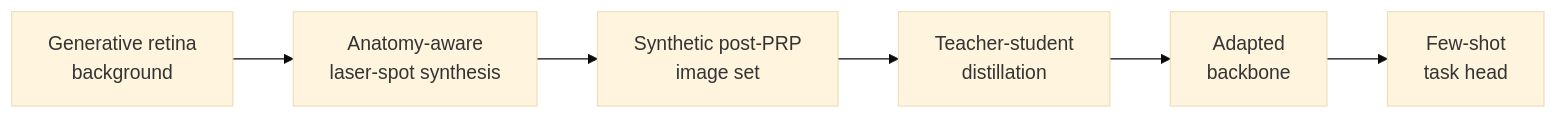
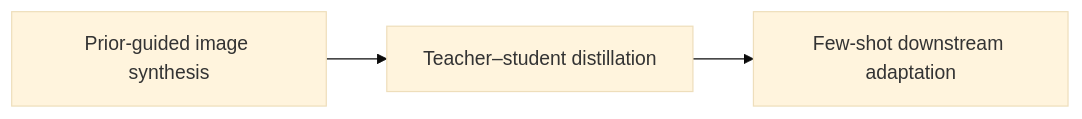
Before and after one commit to Deliver0/PostGD: the diagram in README.md, drawn with Mermaid (base theme). The commit also changed other lines of this file, not shown here.

````diff
--- a/README.md
+++ b/README.md
@@ -47,8 +19,5 @@
 ```mermaid
 flowchart LR
-    A[Generative retina<br/>background] --> B[Anatomy-aware<br/>laser-spot synthesis]
-    B -->     C[Synthetic post-PRP<br/>image set]
-    C --> D[Teacher-student<br/>distillation]
-    D --> E[Adapted<br/>backbone]
-    E --> F[Few-shot<br/>task head]
+    A[Prior-guided image synthesis] --> B[Teacher–student distillation]
+    B --> C[Few-shot downstream adaptation]
 ```
````
